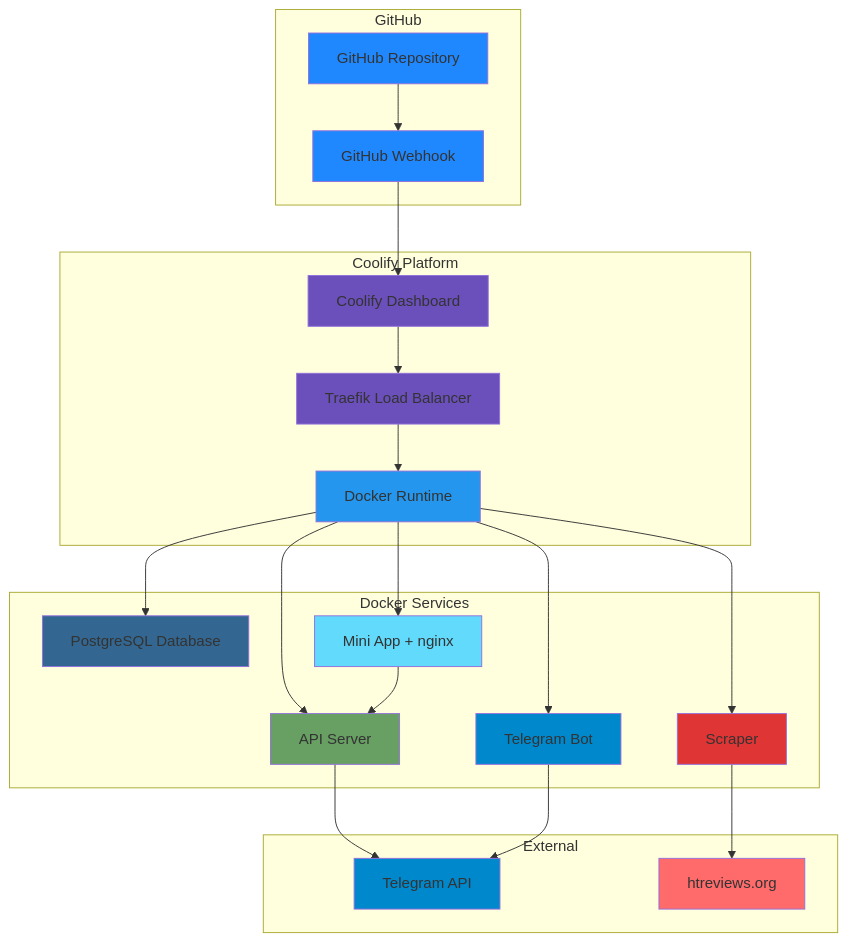
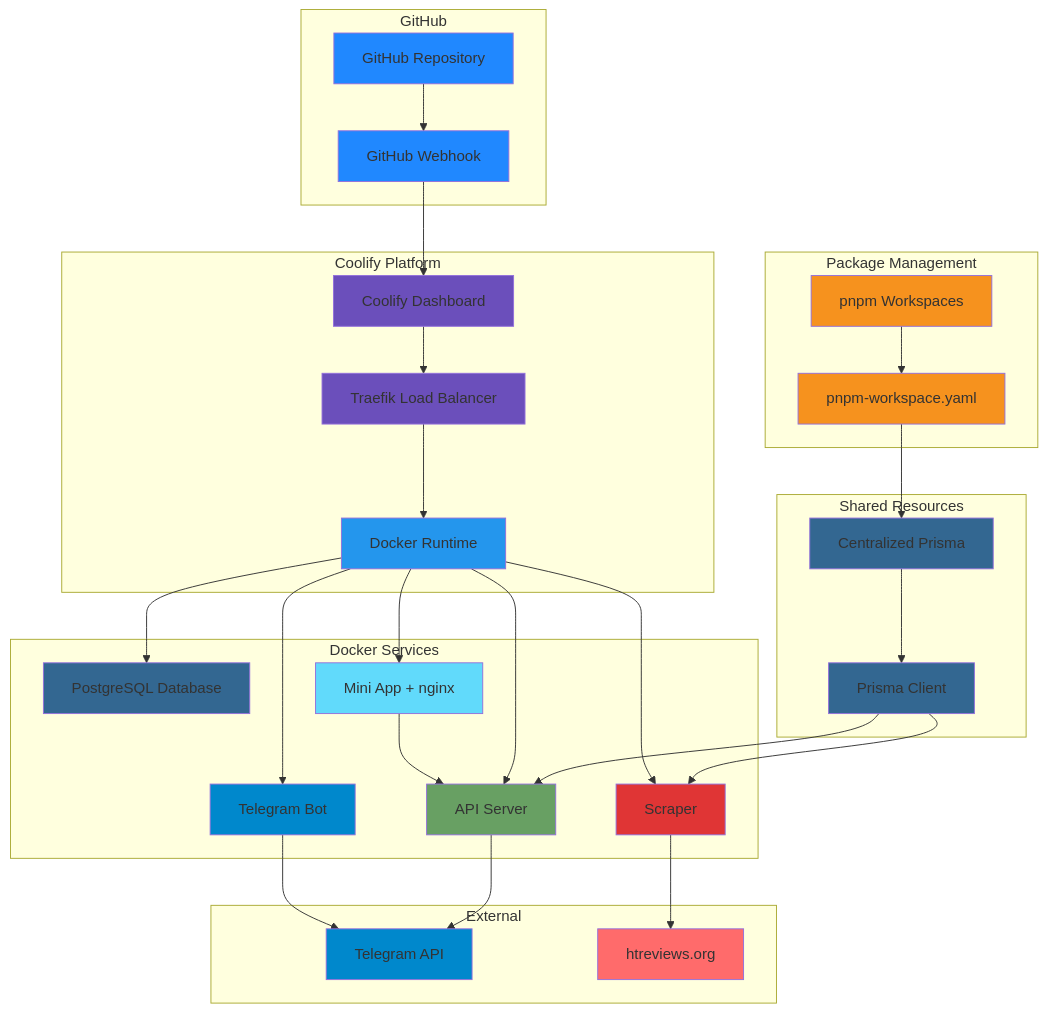
The first of 4 diagrams in plans/09-deployment-guide.md (Zenderg/hookah-wishlist), drawn with Mermaid before and after one commit. The commit also changed other lines of this file and 6 other files, not shown here.

````diff
--- a/plans/09-deployment-guide.md
+++ b/plans/09-deployment-guide.md
@@ -11,53 +11,72 @@
 ```mermaid
 graph TB
     subgraph "GitHub"
         A[GitHub Repository]
         B[GitHub Webhook]
     end
     
     subgraph "Coolify Platform"
         C[Coolify Dashboard]
         D[Traefik Load Balancer]
         E[Docker Runtime]
     end
     
     subgraph "Docker Services"
         F[API Server]
         G[Telegram Bot]
         H[Scraper]
         I[PostgreSQL Database]
         J[Mini App + nginx]
     end
     
+    subgraph "Package Management"
+        PM[pnpm Workspaces]
+        WS[pnpm-workspace.yaml]
+    end
+    
+    subgraph "Shared Resources"
+        PR[Centralized Prisma]
+        PC[Prisma Client]
+    end
+    
     subgraph "External"
         K[Telegram API]
         L[htreviews.org]
     end
     
     A --> B
     B --> C
     C --> D
     D --> E
+    PM --> WS
+    WS --> PR
+    PR --> PC
+    PC --> F
+    PC --> H
     E --> F
     E --> G
     E --> H
     E --> I
     E --> J
     F --> K
     G --> K
     H --> L
     J --> F
     
     style A fill:#2088ff
     style B fill:#2088ff
     style C fill:#6b4fbb
     style D fill:#6b4fbb
     style E fill:#2496ed
+    style PM fill:#f6921e
+    style WS fill:#f6921e
+    style PR fill:#336791
+    style PC fill:#336791
     style F fill:#68a063
     style G fill:#0088cc
     style H fill:#e03535
     style I fill:#336791
     style J fill:#61dafb
     style K fill:#0088cc
     style L fill:#ff6b6b
 ```
````
